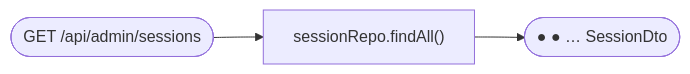
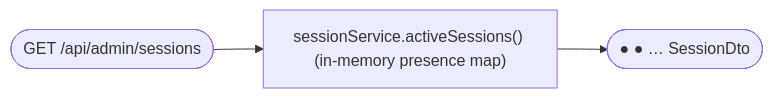
Diagram 40 of 48 in README.md (hugmesh/hugmesh-games), drawn with Mermaid before and after one commit. The commit also changed other lines of this file, not shown here.

````diff
--- a/README.md
+++ b/README.md
@@ -877,4 +891,4 @@
 ```mermaid
 flowchart LR
-    R(["GET /api/admin/sessions"]) --> Q["sessionRepo.findAll()"] --> O(["● ● …  SessionDto"])
+    R(["GET /api/admin/sessions"]) --> Q["sessionService.activeSessions() (in-memory presence map)"] --> O(["● ● …  SessionDto"])
 ```
````
